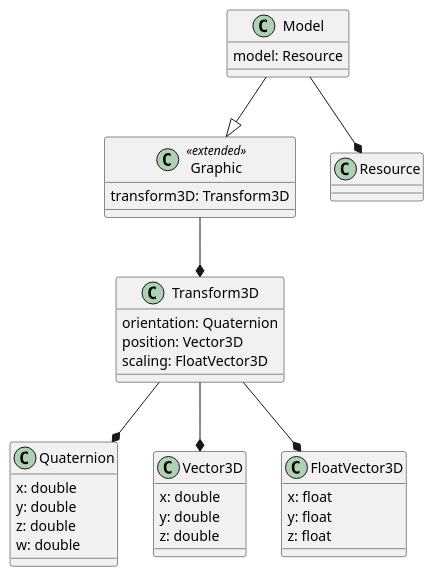
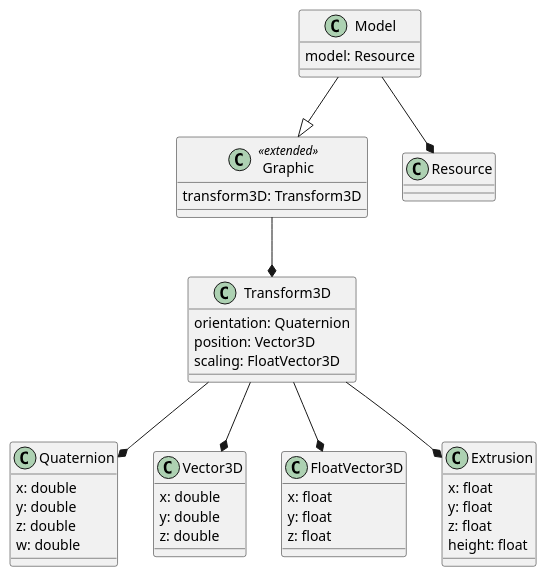
One commit to opengeospatial/styles-and-symbology changed the diagram in core/sections/clause_19_3D.adoc. Above: the diagram before and after it, drawn with PlantUML. The commit also changed other lines of this file and 9 other files, not shown here.

```diff
--- a/core/sections/clause_19_3D.adoc
+++ b/core/sections/clause_19_3D.adoc
@@ -4,30 +4,36 @@
 [plantuml, target=diagram-classes, format=png]
 ....
 class Graphic <<extended>>
 Graphic : transform3D: Transform3D
 Graphic --* Transform3D
 
 Transform3D : orientation: Quaternion
 Transform3D : position: Vector3D
 Transform3D : scaling: FloatVector3D
 Transform3D --* Quaternion
 Transform3D --* Vector3D
 Transform3D --* FloatVector3D
+Transform3D --* Extrusion
 
 Quaternion : x: double
 Quaternion : y: double
 Quaternion : z: double
 Quaternion : w: double
 
 Vector3D : x: double
 Vector3D : y: double
 Vector3D : z: double
 
 FloatVector3D : x: float
 FloatVector3D : y: float
 FloatVector3D : z: float
 
+Extrusion : x: float
+Extrusion : y: float
+Extrusion : z: float
+Extrusion : height: float
+
 Model --|> Graphic
 Model : model: Resource
 Model --* Resource
 ....
```
